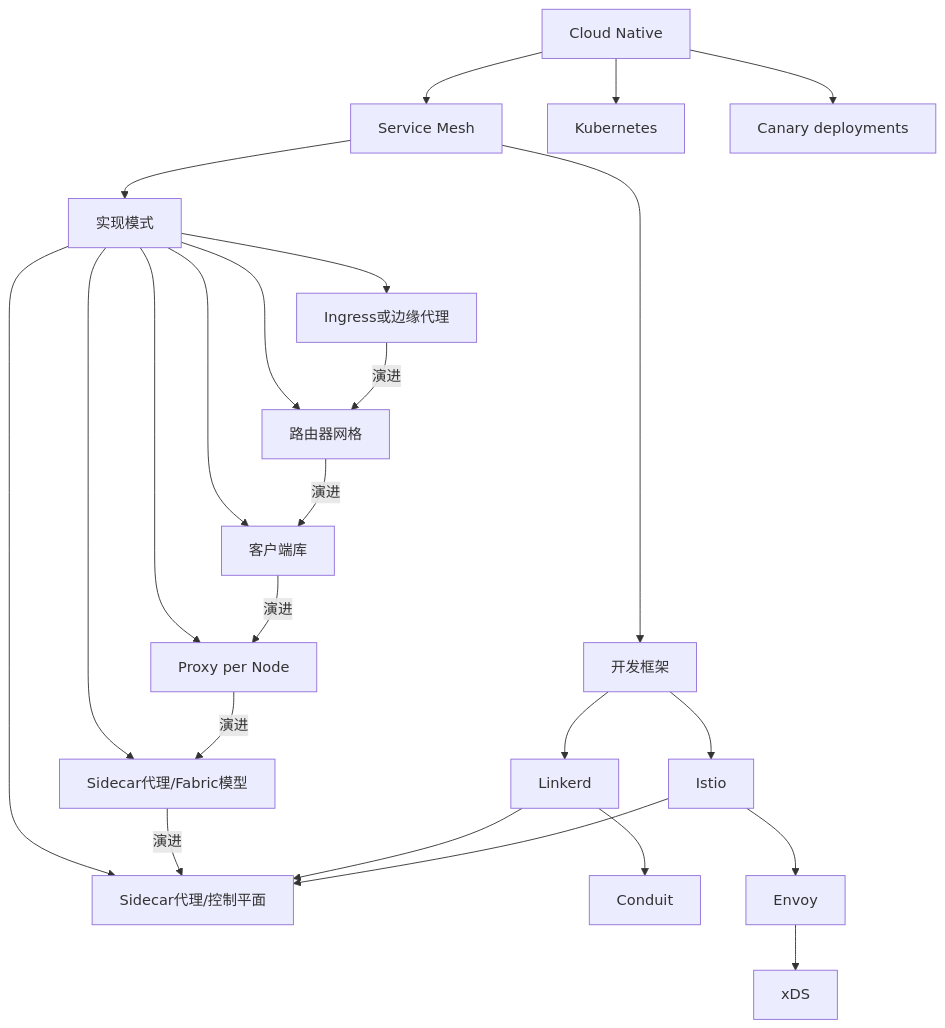
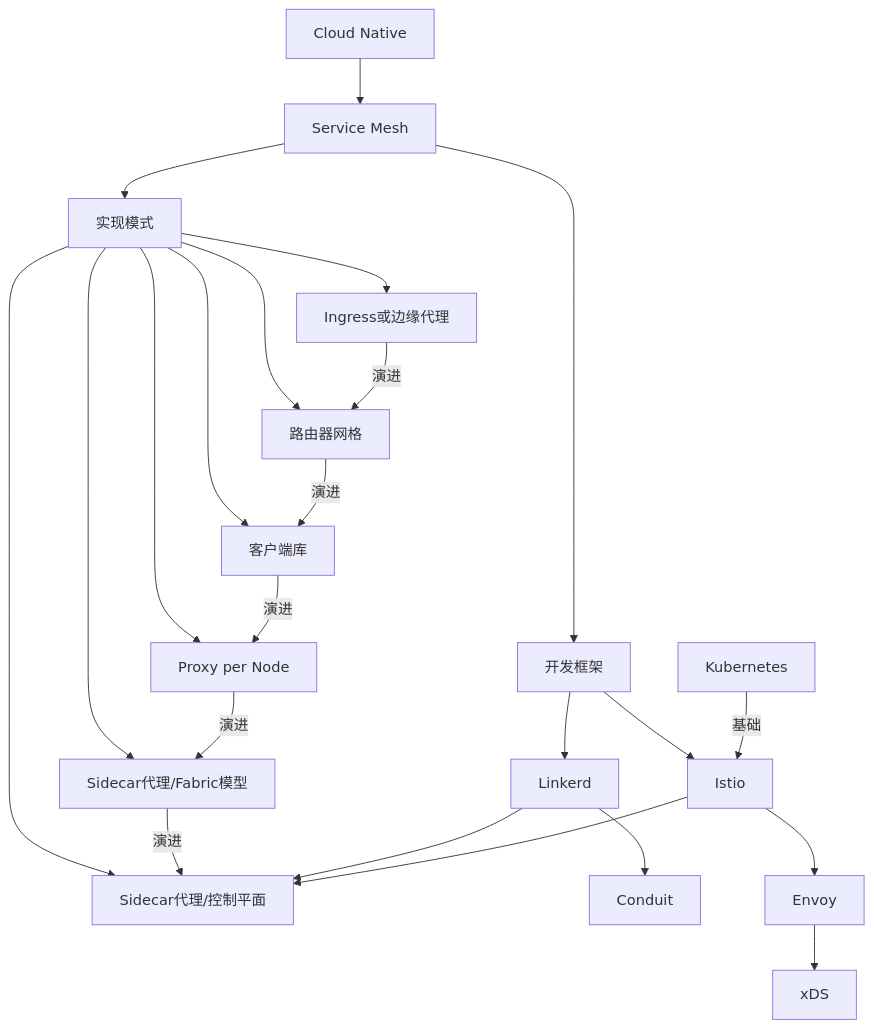
Before and after one commit to yindaheng98/My-docs: the diagram in 学习笔记/微服务/ServiceMesh原理.md, drawn with Mermaid. The commit also changed 5 other files, not shown here.

````diff
--- a/学习笔记/微服务/ServiceMesh原理.md
+++ b/学习笔记/微服务/ServiceMesh原理.md
@@ -13,22 +13,21 @@
 ```mermaid
 graph TD
 CloudNative[Cloud Native]-->ServiceMesh[Service Mesh]
-CloudNative-->k8s[Kubernetes]
-CloudNative-->CanaryDeployments[Canary deployments]
 ServiceMesh-->Pattern[实现模式]
 Pattern-->Ingress[Ingress或边缘代理]
 Pattern-->RouterMesh[路由器网格]
 Pattern-->ClientDevelopKit[客户端库]
 Pattern-->ProxyperNode[Proxy per Node]
 Pattern-->Fabric[Sidecar代理/Fabric模型]
 Pattern-->Sidecar[Sidecar代理/控制平面]
 Ingress-->|演进|RouterMesh-->|演进|ClientDevelopKit-->|演进|ProxyperNode-->|演进|Fabric-->|演进|Sidecar
 ServiceMesh-->Frames[开发框架]
 Frames-->Istio
 Frames-->Linkerd
 Linkerd-->Conduit
 Istio-->Envoy
 Envoy-->xDS
 Linkerd-->Sidecar
 Istio-->Sidecar
+k8s[Kubernetes]-->|基础|Istio
 ```
````
